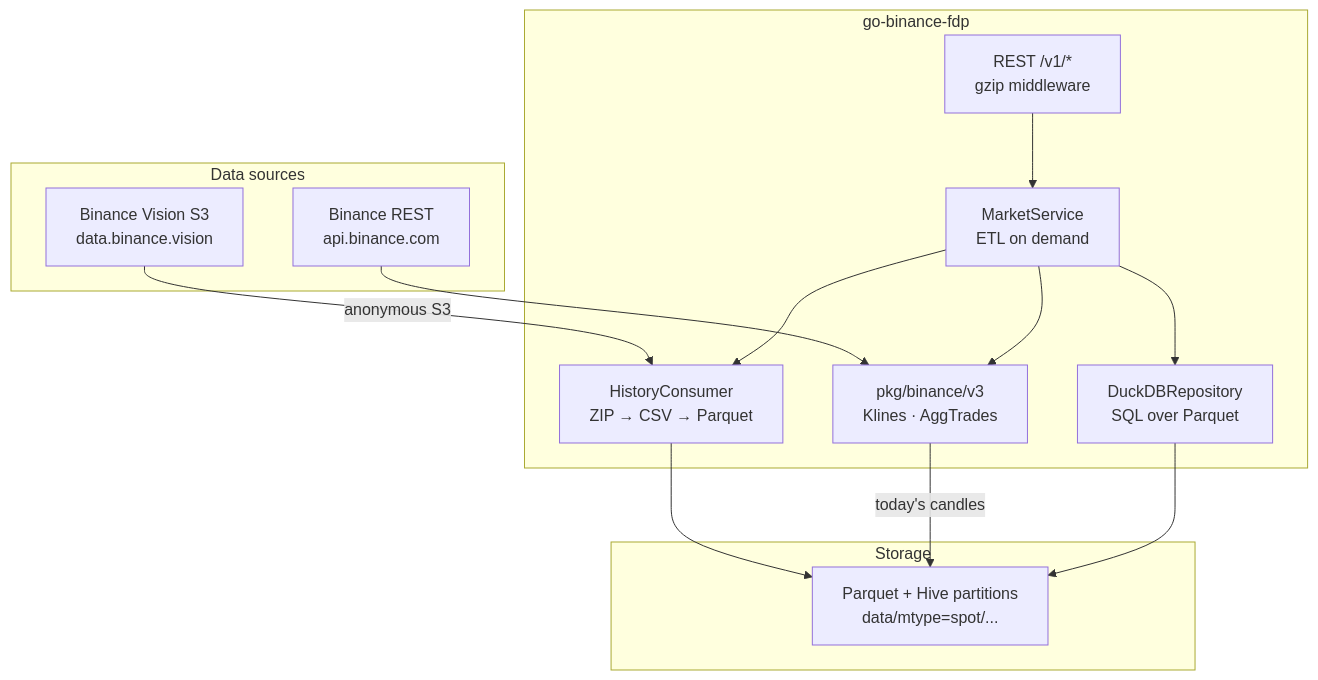
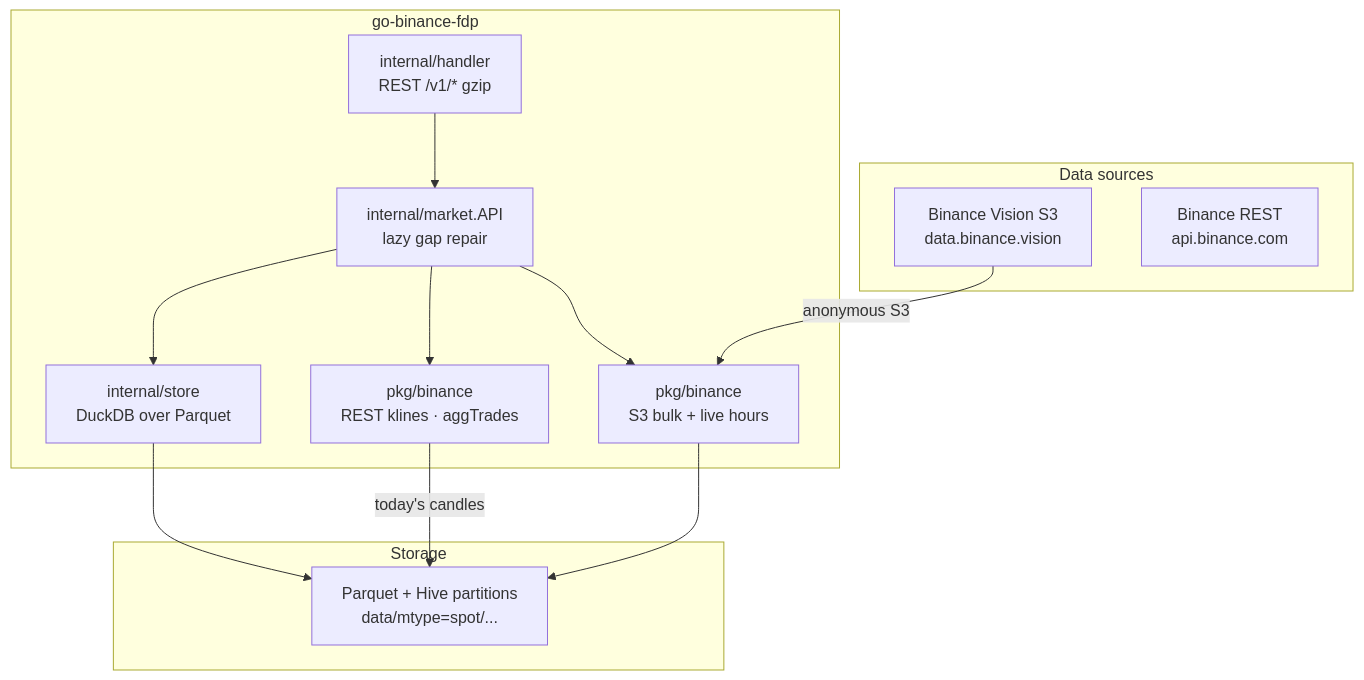
Before and after one commit to eSlider/go-fdp: the first of 3 diagrams in README.md, drawn with Mermaid. The commit also changed other lines of this file and 78 other files, not shown here.

````diff
--- a/README.md
+++ b/README.md
@@ -14,29 +14,28 @@
 ```mermaid
 graph TB
     subgraph "Data sources"
         S3["Binance Vision S3<br/>data.binance.vision"]
         API["Binance REST<br/>api.binance.com"]
     end
 
     subgraph "go-binance-fdp"
-        ETL["HistoryConsumer<br/>ZIP → CSV → Parquet"]
-        V3["pkg/binance/v3<br/>Klines · AggTrades"]
-        SVC["MarketService<br/>ETL on demand"]
-        REPO["DuckDBRepository<br/>SQL over Parquet"]
-        HTTP["REST /v1/*<br/>gzip middleware"]
+        ETL["pkg/binance<br/>S3 bulk + live hours"]
+        APIpkg["pkg/binance<br/>REST klines · aggTrades"]
+        MKT["internal/market.API<br/>lazy gap repair"]
+        STORE["internal/store<br/>DuckDB over Parquet"]
+        HTTP["internal/handler<br/>REST /v1/* gzip"]
     end
 
     subgraph "Storage"
         PQ["Parquet + Hive partitions<br/>data/mtype=spot/..."]
     end
 
     S3 -->|"anonymous S3"| ETL
-    API --> V3
+    APIpkg -->|"today's candles"| PQ
     ETL --> PQ
-    V3 -->|"today's candles"| PQ
-    SVC --> ETL
-    SVC --> V3
-    SVC --> REPO
-    REPO --> PQ
-    HTTP --> SVC
+    HTTP --> MKT
+    MKT --> ETL
+    MKT --> APIpkg
+    MKT --> STORE
+    STORE --> PQ
 ```
````
